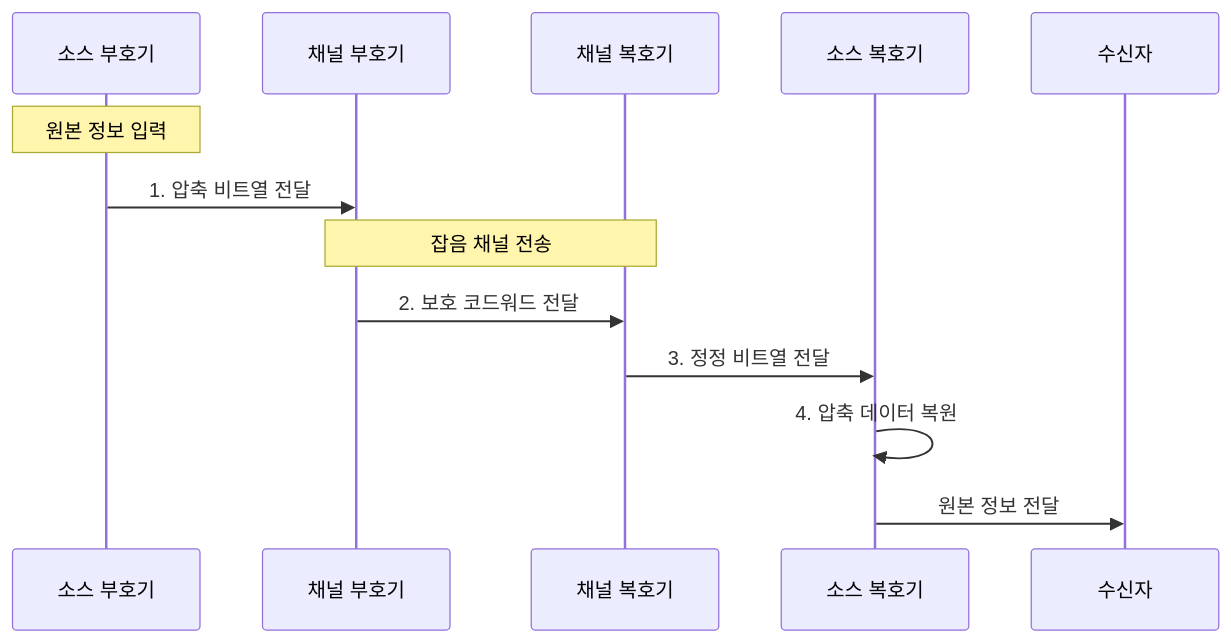
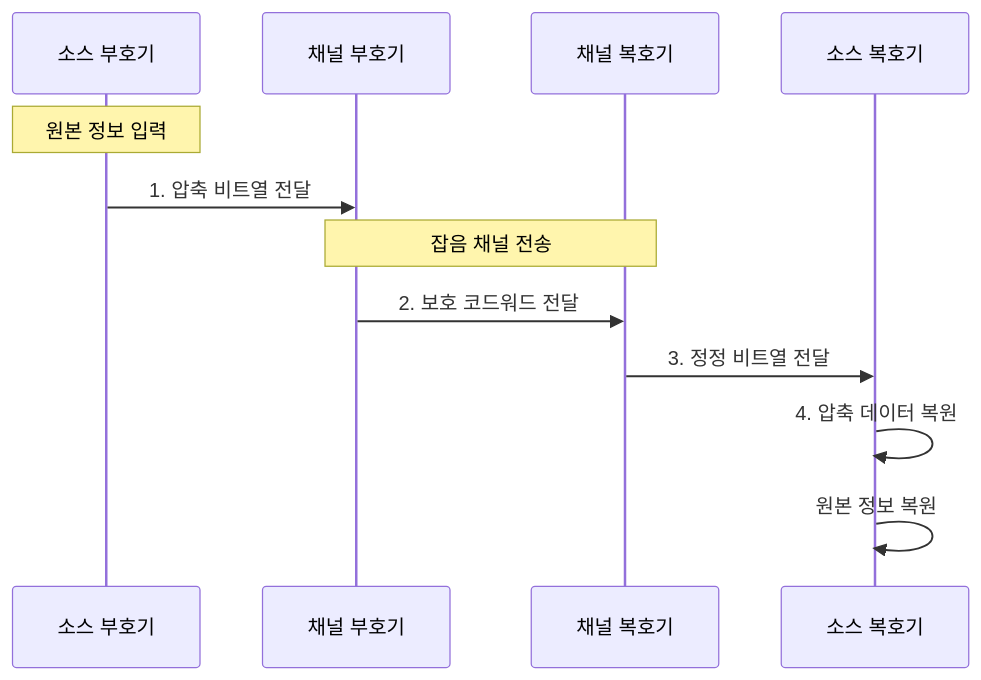
The second of 2 diagrams in src/content/docs/notes/01-basic-theory/030_source_vs_channel_coding.md (agnusdei1207/knowledge-base), drawn with Mermaid before and after one commit. The commit also changed 3 other files, not shown here.

Commit message:
Focus coding and probability flows

````diff
--- a/src/content/docs/notes/01-basic-theory/030_source_vs_channel_coding.md
+++ b/src/content/docs/notes/01-basic-theory/030_source_vs_channel_coding.md
@@ -92,15 +92,14 @@
 ```mermaid
 sequenceDiagram
     participant SE as 소스 부호기
     participant CE as 채널 부호기
     participant CD as 채널 복호기
     participant SD as 소스 복호기
-    participant R as 수신자
     Note over SE: 원본 정보 입력
     SE->>CE: 1. 압축 비트열 전달
     Note over CE,CD: 잡음 채널 전송
     CE->>CD: 2. 보호 코드워드 전달
     CD->>SD: 3. 정정 비트열 전달
     SD->>SD: 4. 압축 데이터 복원
-    SD->>R: 원본 정보 전달
+    SD->>SD: 원본 정보 복원
 ```
````
